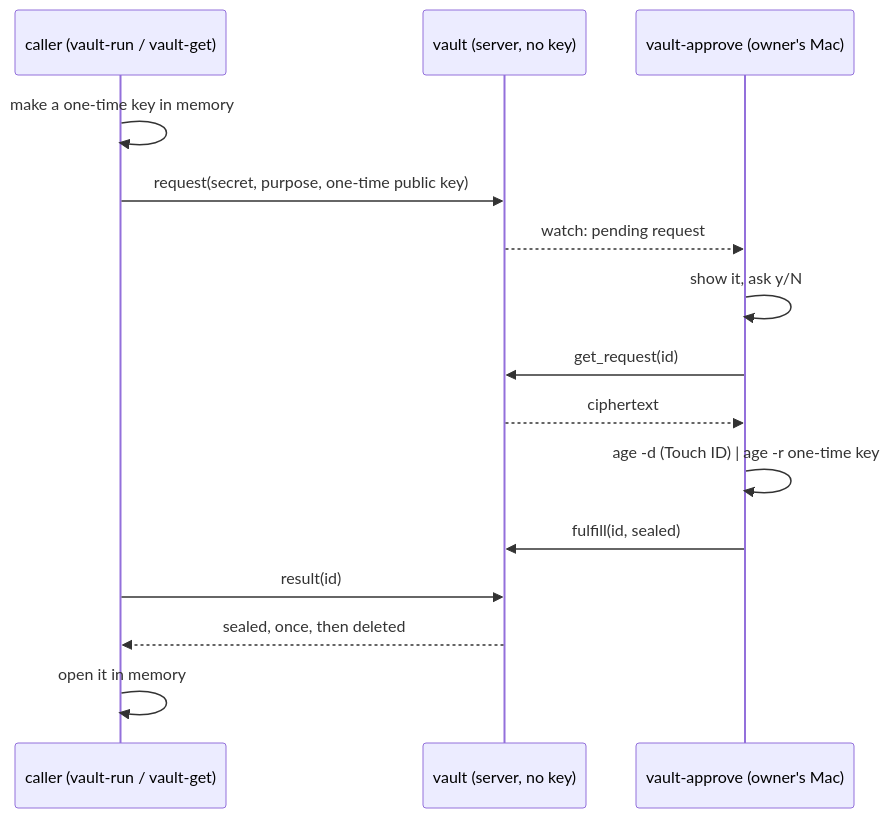
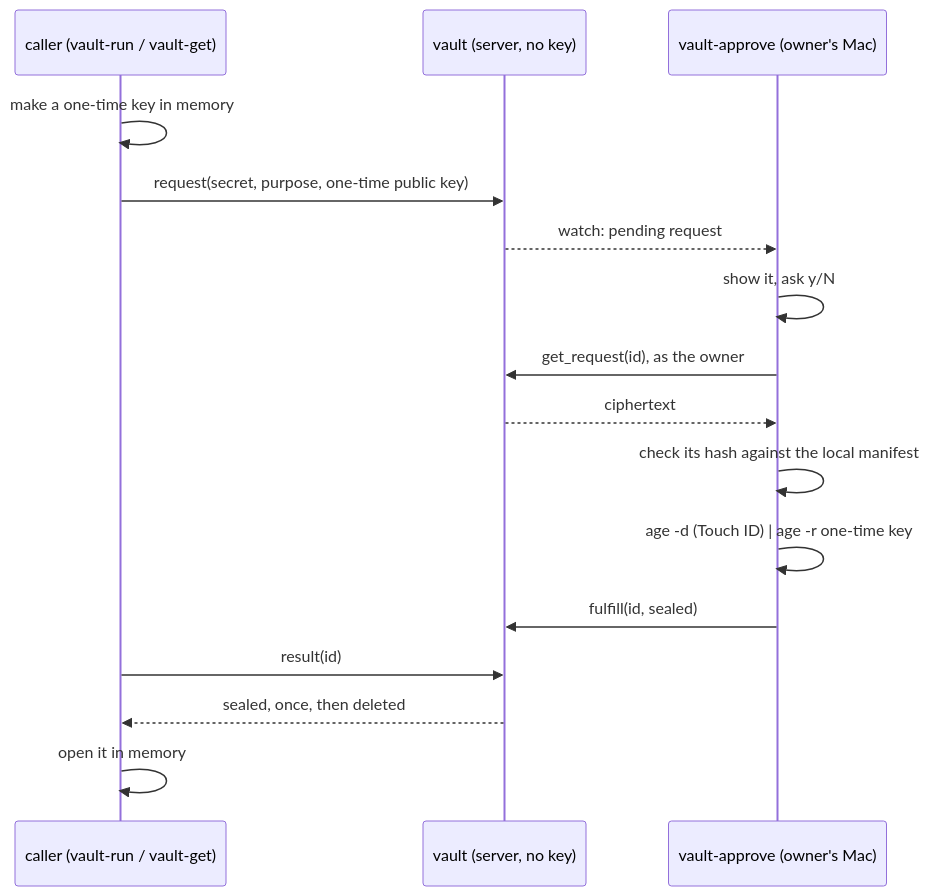
Before and after one commit to hypermemetic-ai/hyperforge: the diagram in vault/README.md, drawn with Mermaid. The commit also changed other lines of this file and 12 other files, not shown here.

````diff
--- a/vault/README.md
+++ b/vault/README.md
@@ -7,17 +7,18 @@
 ```mermaid
 sequenceDiagram
   participant C as caller (vault-run / vault-get)
   participant V as vault (server, no key)
   participant O as vault-approve (owner's Mac)
   C->>C: make a one-time key in memory
   C->>V: request(secret, purpose, one-time public key)
   V-->>O: watch: pending request
   O->>O: show it, ask y/N
-  O->>V: get_request(id)
+  O->>V: get_request(id), as the owner
   V-->>O: ciphertext
+  O->>O: check its hash against the local manifest
   O->>O: age -d (Touch ID) | age -r one-time key
   O->>V: fulfill(id, sealed)
   C->>V: result(id)
   V-->>C: sealed, once, then deleted
   C->>C: open it in memory
 ```
````
